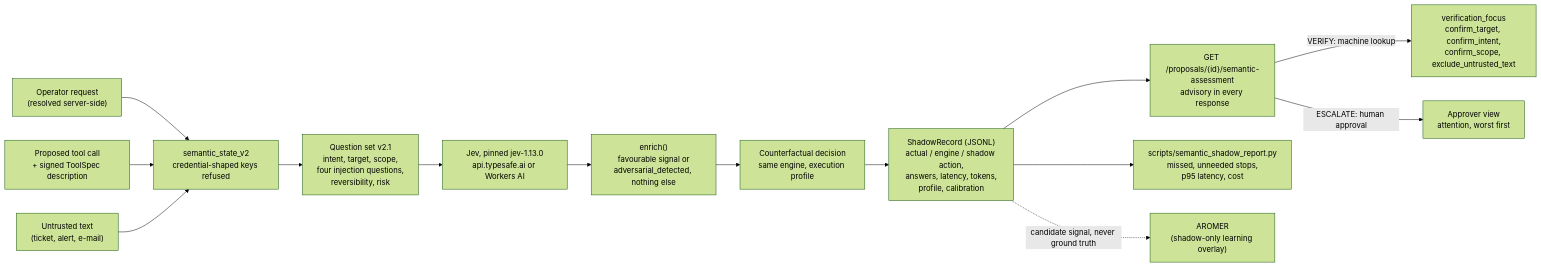
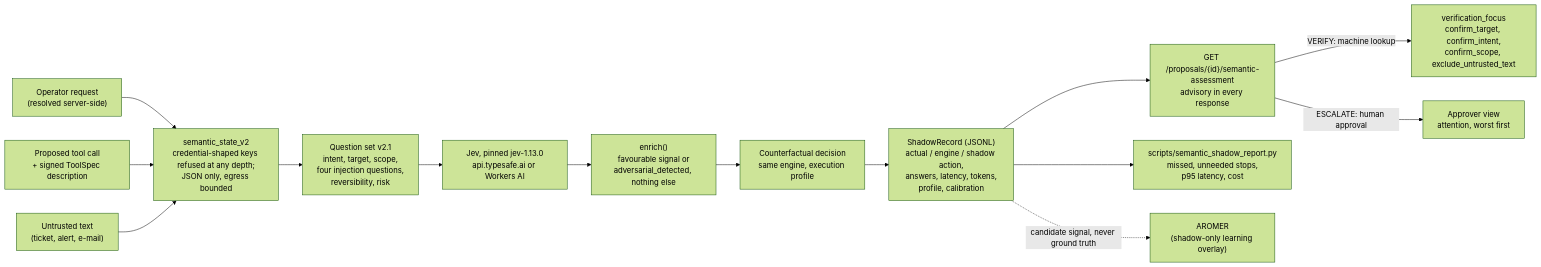
The third of 3 diagrams in ARCHITECTURE.md (darklordVirtual/REMORA-research), drawn with Mermaid (forest theme) before and after one commit. The commit also changed 3 other files, not shown here.

First line of the commit message:
fix(jev): refuse credential-shaped keys at any depth and bound provider egress (#753 step 1)

````diff
--- a/ARCHITECTURE.md
+++ b/ARCHITECTURE.md
@@ -349,16 +349,16 @@
 ```mermaid
 flowchart LR
     REQ["Operator request<br/>(resolved server-side)"] --> ST
     CALL["Proposed tool call<br/>+ signed ToolSpec description"] --> ST
     UNT["Untrusted text<br/>(ticket, alert, e-mail)"] --> ST
-    ST["semantic_state_v2<br/>credential-shaped keys refused"] --> Q["Question set v2.1<br/>intent, target, scope,<br/>four injection questions,<br/>reversibility, risk"]
+    ST["semantic_state_v2<br/>credential-shaped keys refused at any depth;<br/>JSON only, egress bounded"] --> Q["Question set v2.1<br/>intent, target, scope,<br/>four injection questions,<br/>reversibility, risk"]
     Q --> JEV["Jev, pinned jev-1.13.0<br/>api.typesafe.ai or Workers AI"]
     JEV --> EN["enrich()<br/>favourable signal or<br/>adversarial_detected, nothing else"]
     EN --> CF["Counterfactual decision<br/>same engine, execution profile"]
     CF --> REC["ShadowRecord (JSONL)<br/>actual / engine / shadow action,<br/>answers, latency, tokens,<br/>profile, calibration"]
     REC --> API["GET /proposals/{id}/semantic-assessment<br/>advisory in every response"]
     API -->|"VERIFY: machine lookup"| FOC["verification_focus<br/>confirm_target, confirm_intent,<br/>confirm_scope, exclude_untrusted_text"]
     API -->|"ESCALATE: human approval"| APP["Approver view<br/>attention, worst first"]
     REC --> REP["scripts/semantic_shadow_report.py<br/>missed, unneeded stops,<br/>p95 latency, cost"]
     REC -.->|"candidate signal, never ground truth"| AR["AROMER<br/>(shadow-only learning overlay)"]
 ```
````
